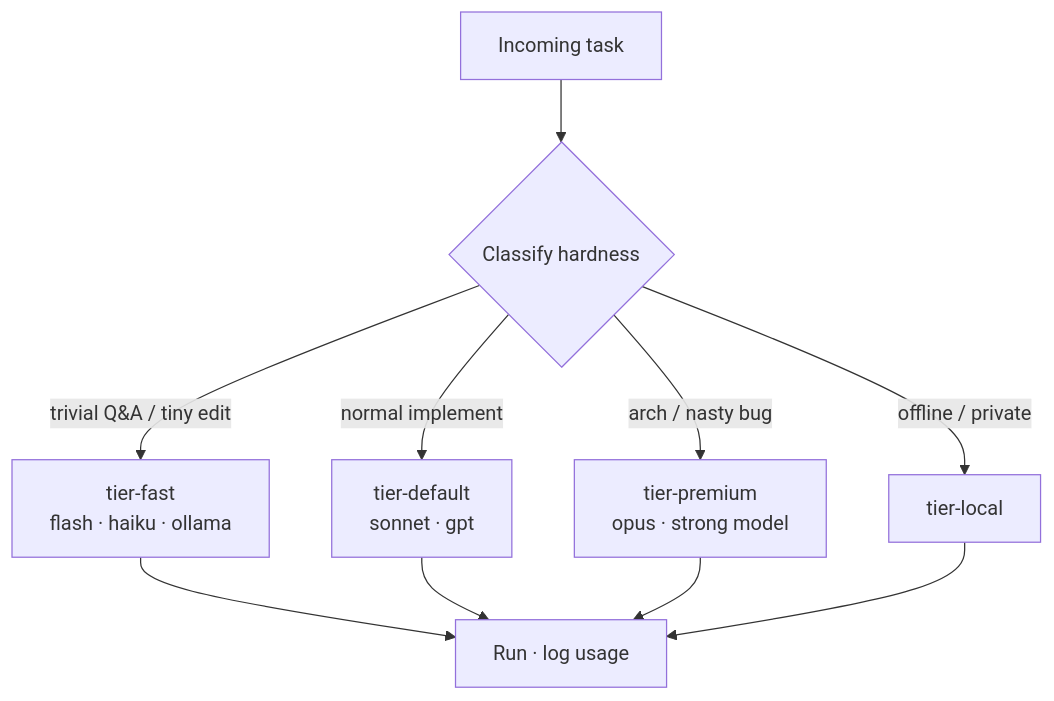
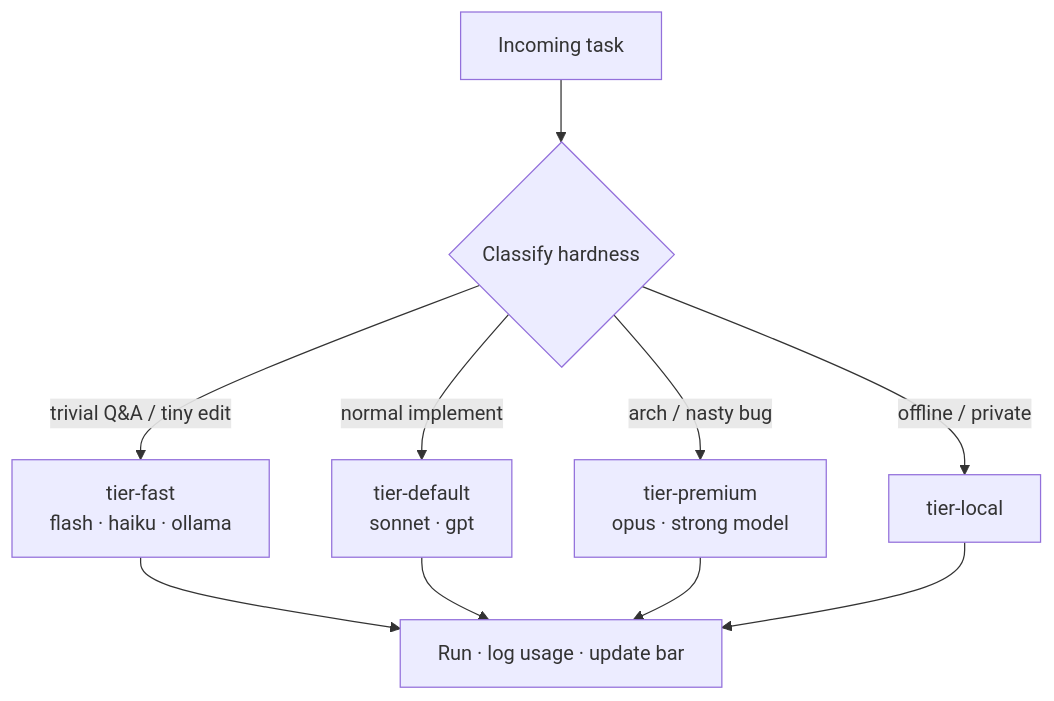
The third of 4 diagrams in README.md (hoodini/logan-cli), drawn with Mermaid before and after one commit. The commit also changed other lines of this file and 5 other files, not shown here.

````diff
--- a/README.md
+++ b/README.md
@@ -133,12 +202,12 @@
 ```mermaid
 flowchart TD
   T[Incoming task] --> C{Classify hardness}
   C -->|trivial Q&A / tiny edit| F[tier-fast<br/>flash · haiku · ollama]
   C -->|normal implement| D[tier-default<br/>sonnet · gpt]
   C -->|arch / nasty bug| P[tier-premium<br/>opus · strong model]
   C -->|offline / private| L[tier-local]
-  F --> R[Run · log usage]
+  F --> R[Run · log usage · update bar]
   D --> R
   P --> R
   L --> R
 ```
````
